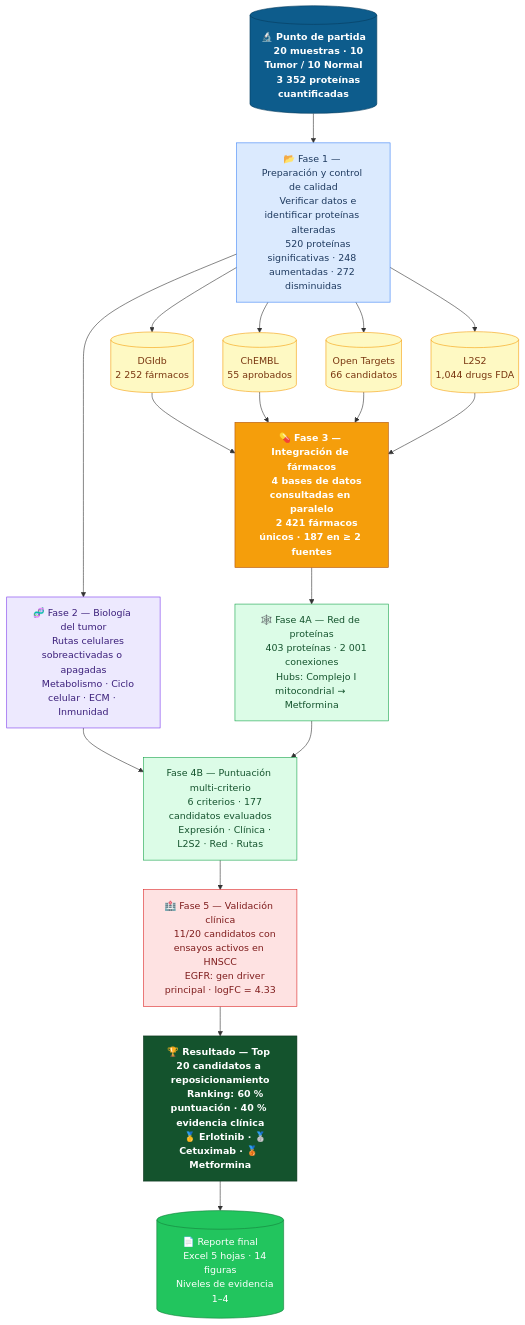
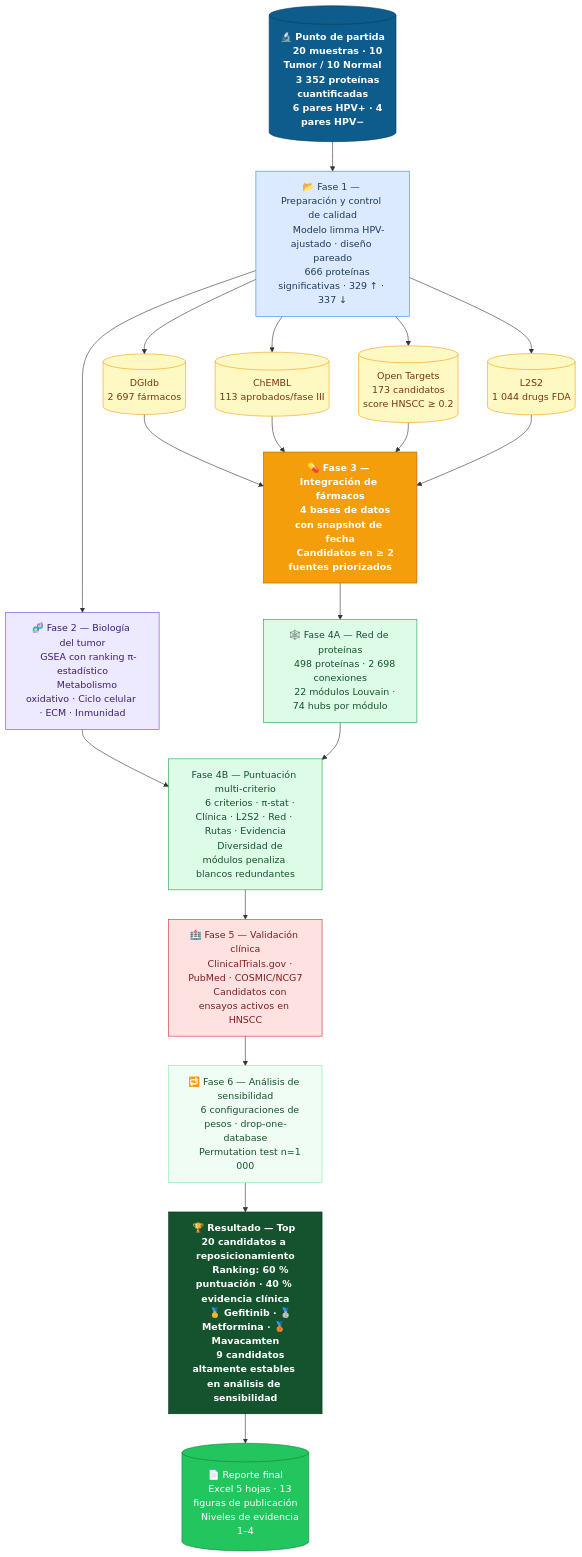
The diagram in docs/workflow_diagram.md (Nathjnoa/HNSCC_reporpousing), drawn with Mermaid before and after one commit. The commit also changed other lines of this file and 4 other files, not shown here.

````diff
--- a/docs/workflow_diagram.md
+++ b/docs/workflow_diagram.md
@@ -13,50 +13,57 @@
 
     DATA[("🔬 Punto de partida
     20 muestras · 10 Tumor / 10 Normal
-    3 352 proteínas cuantificadas")]
+    3 352 proteínas cuantificadas
+    6 pares HPV+ · 4 pares HPV−")]
 
     PREP["📂 Fase 1 — Preparación y control de calidad
-    Verificar datos e identificar proteínas alteradas
-    520 proteínas significativas · 248 aumentadas · 272 disminuidas"]
+    Modelo limma HPV-ajustado · diseño pareado
+    666 proteínas significativas · 329 ↑ · 337 ↓"]
 
     BIO["🧬 Fase 2 — Biología del tumor
-    Rutas celulares sobreactivadas o apagadas
-    Metabolismo · Ciclo celular · ECM · Inmunidad"]
+    GSEA con ranking π-estadístico
+    Metabolismo oxidativo · Ciclo celular · ECM · Inmunidad"]
 
     DB1[("DGIdb
-    2 252 fármacos")]
+    2 697 fármacos")]
 
     DB2[("ChEMBL
-    55 aprobados")]
+    113 aprobados/fase III")]
 
     DB3[("Open Targets
-    66 candidatos")]
+    173 candidatos
+    score HNSCC ≥ 0.2")]
 
     DB4[("L2S2
-    1,044 drugs FDA")]
+    1 044 drugs FDA")]
 
     INT["💊 Fase 3 — Integración de fármacos
-    4 bases de datos consultadas en paralelo
-    2 421 fármacos únicos · 187 en ≥ 2 fuentes"]
+    4 bases de datos con snapshot de fecha
+    Candidatos en ≥ 2 fuentes priorizados"]
 
     NET["🕸️ Fase 4A — Red de proteínas
-    403 proteínas · 2 001 conexiones
-    Hubs: Complejo I mitocondrial → Metformina"]
+    498 proteínas · 2 698 conexiones
+    22 módulos Louvain · 74 hubs por módulo"]
 
     SCO["Fase 4B — Puntuación multi-criterio
-    6 criterios · 177 candidatos evaluados
-    Expresión · Clínica · L2S2 · Red · Rutas"]
+    6 criterios · π-stat · Clínica · L2S2 · Red · Rutas · Evidencia
+    Diversidad de módulos penaliza blancos redundantes"]
 
     VAL["🏥 Fase 5 — Validación clínica
-    11/20 candidatos con ensayos activos en HNSCC
-    EGFR: gen driver principal · logFC = 4.33"]
+    ClinicalTrials.gov · PubMed · COSMIC/NCG7
+    Candidatos con ensayos activos en HNSCC"]
+
+    SENS["🔁 Fase 6 — Análisis de sensibilidad
+    6 configuraciones de pesos · drop-one-database
+    Permutation test n=1 000"]
 
     TOP["🏆 Resultado — Top 20 candidatos a reposicionamiento
     Ranking: 60 % puntuación · 40 % evidencia clínica
-    🥇 Erlotinib · 🥈 Cetuximab · 🥉 Metformina"]
+    🥇 Gefitinib · 🥈 Metformina · 🥉 Mavacamten
+    9 candidatos altamente estables en análisis de sensibilidad"]
 
     OUT[("📄 Reporte final
-    Excel 5 hojas · 14 figuras
+    Excel 5 hojas · 13 figuras de publicación
     Niveles de evidencia 1–4")]
 
     DATA --> PREP
@@ -64,7 +71,7 @@
     PREP --> DB1 & DB2 & DB3 & DB4
     DB1 & DB2 & DB3 & DB4 --> INT
     BIO --> SCO
-    INT --> NET --> SCO --> VAL --> TOP --> OUT
+    INT --> NET --> SCO --> VAL --> SENS --> TOP --> OUT
 
     classDef input  fill:#0d5c8c,color:#ffffff,stroke:#063d5e,font-weight:bold
     classDef p1     fill:#dbeafe,color:#1e3a5f,stroke:#3b82f6
@@ -73,6 +80,7 @@
     classDef p3     fill:#f59e0b,color:#ffffff,stroke:#b45309,font-weight:bold
     classDef p4     fill:#dcfce7,color:#14532d,stroke:#16a34a
     classDef p5     fill:#fee2e2,color:#7f1d1d,stroke:#dc2626
+    classDef sens   fill:#f0fdf4,color:#14532d,stroke:#86efac
     classDef result fill:#14532d,color:#ffffff,stroke:#052e16,font-weight:bold
     classDef output fill:#22c55e,color:#ffffff,stroke:#15803d
 
@@ -83,6 +91,7 @@
     class INT p3
     class NET,SCO p4
     class VAL p5
+    class SENS sens
     class TOP result
     class OUT output
 ```
````
